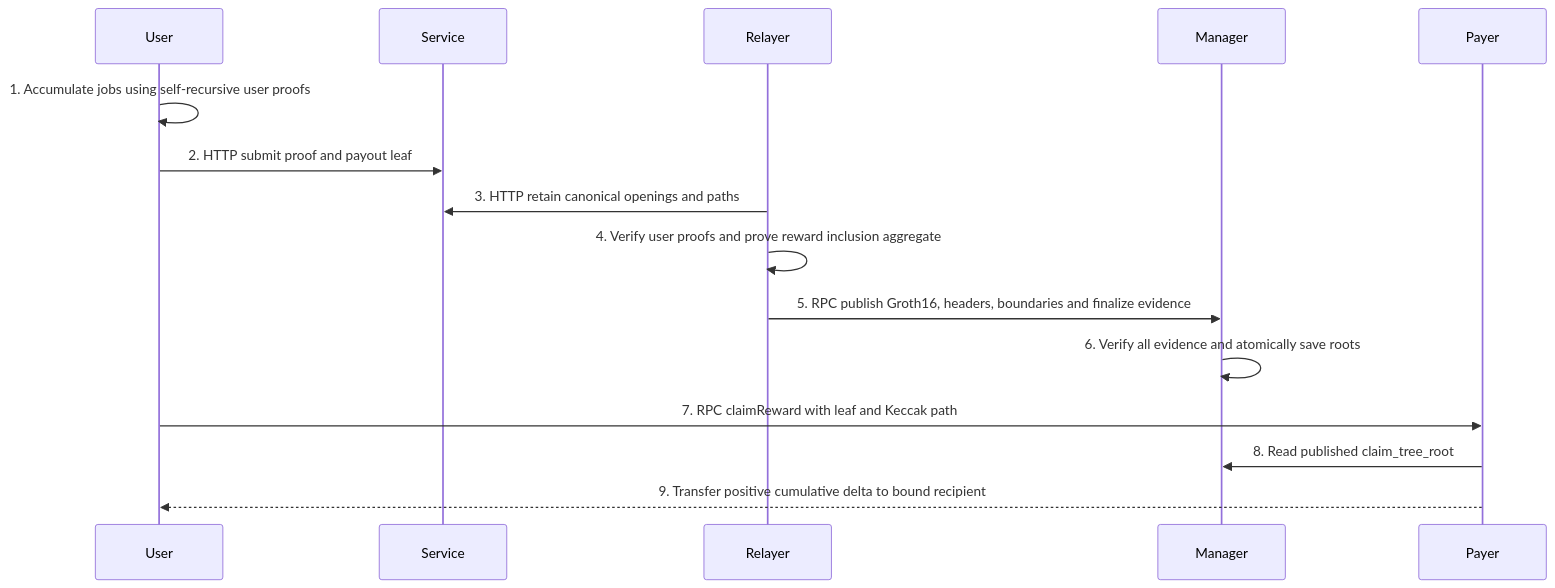
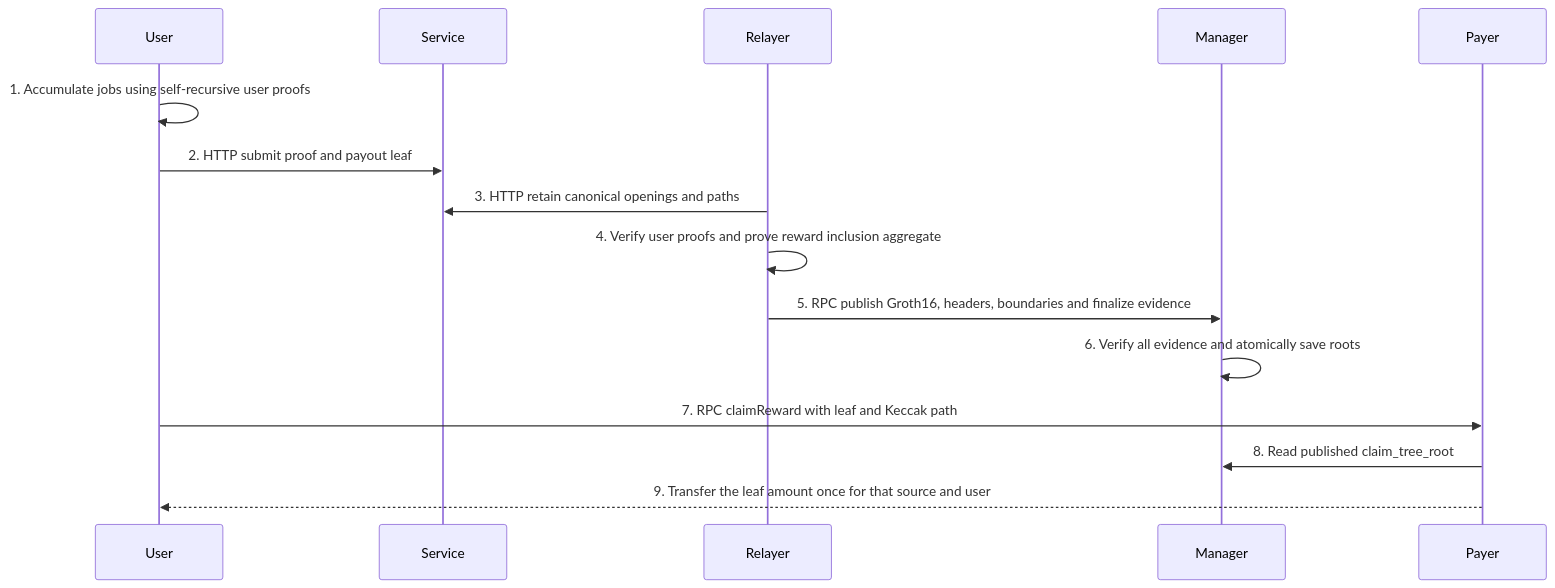
Before and after one commit to PsyProtocol/psy-node: the diagram in docs/src/dev/bridge-merkle-settlement.md, drawn with Mermaid. The commit also changed other lines of this file and 24 other files, not shown here.

````diff
--- a/docs/src/dev/bridge-merkle-settlement.md
+++ b/docs/src/dev/bridge-merkle-settlement.md
@@ -67,17 +66,17 @@
 ```mermaid
 sequenceDiagram
     participant User
     participant Service
     participant Relayer
     participant Manager
     participant Payer
     User->>User: 1. Accumulate jobs using self-recursive user proofs
     User->>Service: 2. HTTP submit proof and payout leaf
     Relayer->>Service: 3. HTTP retain canonical openings and paths
     Relayer->>Relayer: 4. Verify user proofs and prove reward inclusion aggregate
     Relayer->>Manager: 5. RPC publish Groth16, headers, boundaries and finalize evidence
     Manager->>Manager: 6. Verify all evidence and atomically save roots
     User->>Payer: 7. RPC claimReward with leaf and Keccak path
     Payer->>Manager: 8. Read published claim_tree_root
-    Payer-->>User: 9. Transfer positive cumulative delta to bound recipient
+    Payer-->>User: 9. Transfer the leaf amount once for that source and user
 ```
````
